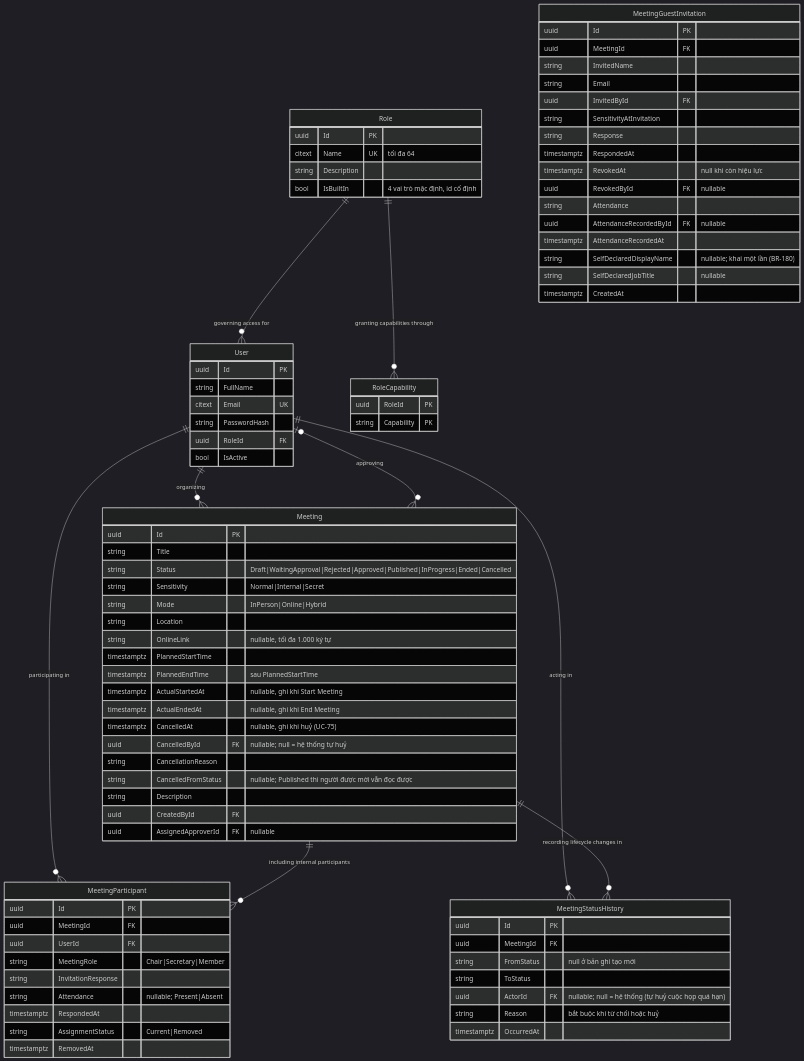
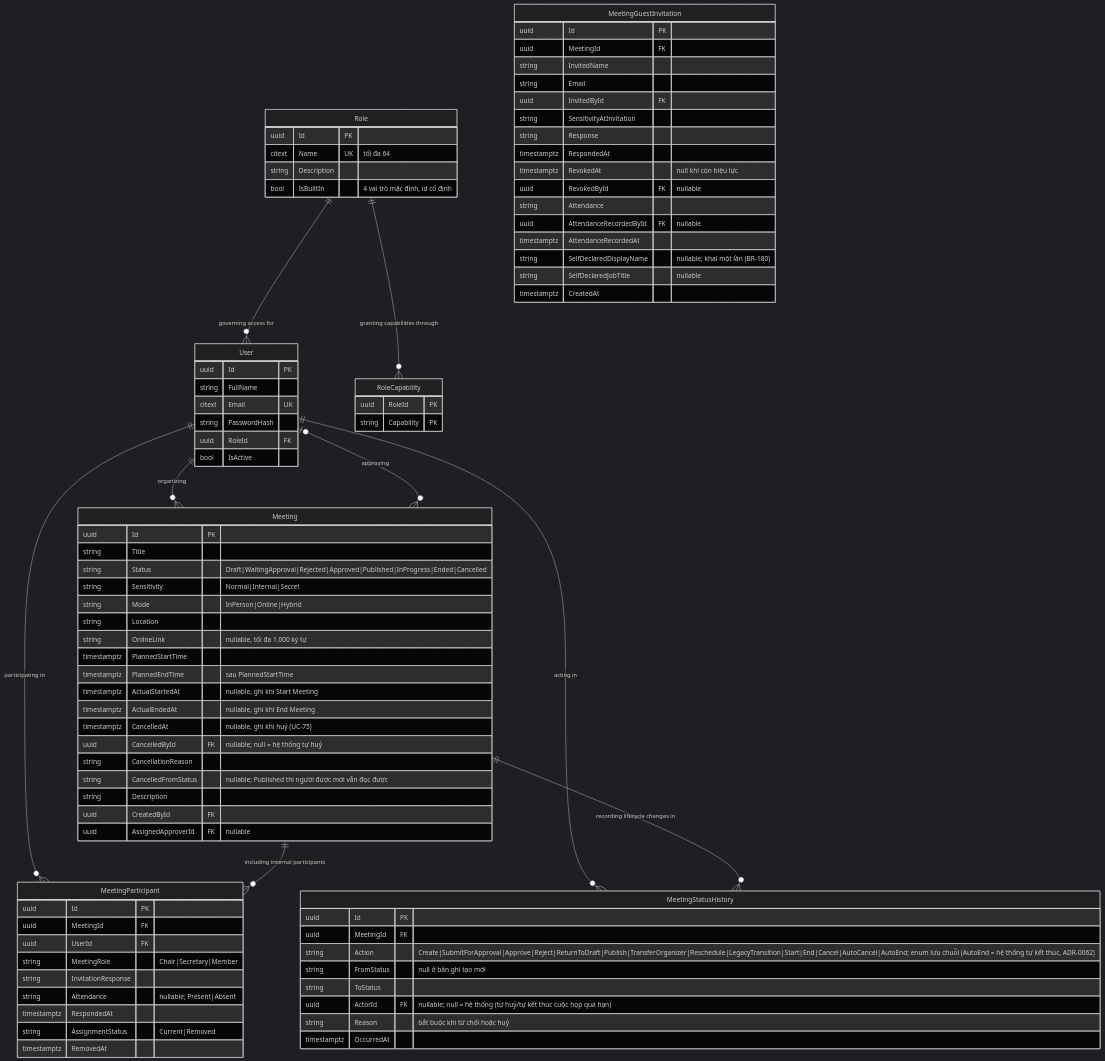
One commit to callmehai/FU-FA26-G116 changed the first of 7 diagrams in docs/02-design/02-erd.md. Above: the diagram before and after it, drawn with Mermaid (dark theme). The commit also changed other lines of this file and 60 other files, not shown here.

Commit message:
[Docs] BA Final Review note 44–46: SCRUM-152 thu Voice ID hộ, SCRUM-153 ghi âm họp kết hợp, PR #332 tự kết thúc vào Report 3

```diff
--- a/docs/02-design/02-erd.md
+++ b/docs/02-design/02-erd.md
@@ -162,9 +163,10 @@
     MeetingStatusHistory {
         uuid Id PK
         uuid MeetingId FK
+        string Action "Create|SubmitForApproval|Approve|Reject|ReturnToDraft|Publish|TransferOrganizer|Reschedule|LegacyTransition|Start|End|Cancel|AutoCancel|AutoEnd; enum lưu chuỗi (AutoEnd = hệ thống tự kết thúc, ADR-0062)"
         string FromStatus "null ở bản ghi tạo mới"
         string ToStatus
-        uuid ActorId FK "nullable; null = hệ thống (tự huỷ cuộc họp quá hạn)"
+        uuid ActorId FK "nullable; null = hệ thống (tự huỷ/tự kết thúc cuộc họp quá hạn)"
         string Reason "bắt buộc khi từ chối hoặc huỷ"
         timestamptz OccurredAt
     }
```
